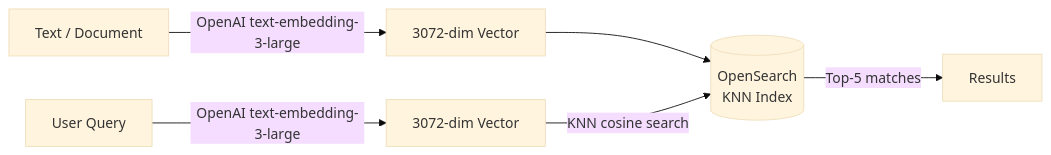
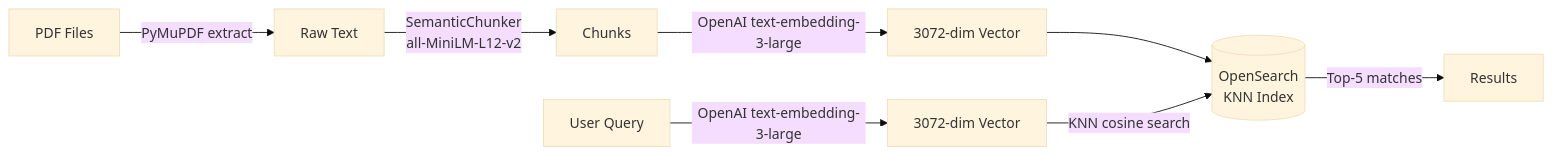
Before and after one commit to janardhanjayanthS/opensearch_sbert_POC: the diagram in opensearch/docs/run.md, drawn with Mermaid (base theme). The commit also changed other lines of this file and 4 other files, not shown here.

````diff
--- a/opensearch/docs/run.md
+++ b/opensearch/docs/run.md
@@ -9,9 +9,11 @@
 ```mermaid
 flowchart LR
-    A[Text / Document] -->|OpenAI text-embedding-3-large| B[3072-dim Vector]
+    P[PDF Files] -->|PyMuPDF extract| T[Raw Text]
+    T -->|SemanticChunker\nall-MiniLM-L12-v2| K[Chunks]
+    K -->|OpenAI text-embedding-3-large| B[3072-dim Vector]
     B --> C[(OpenSearch\nKNN Index)]
 
     D[User Query] -->|OpenAI text-embedding-3-large| E[3072-dim Vector]
     E -->|KNN cosine search| C
     C -->|Top-5 matches| F[Results]
 ```
````
